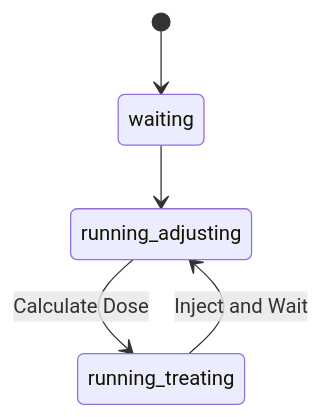
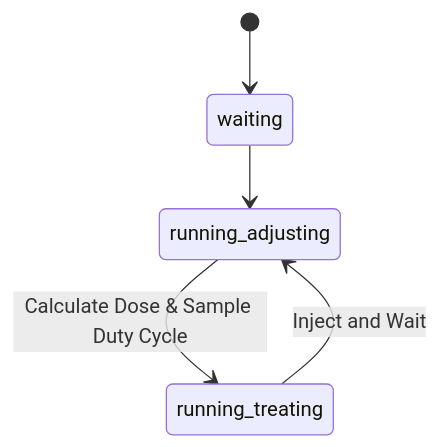
One commit to lostcontrol/poupool changed the third of 3 diagrams in docs/README.md. Above: the diagram before and after it, drawn with Mermaid. The commit also changed other lines of this file and 1 other file, not shown here.

````diff
--- a/docs/README.md
+++ b/docs/README.md
@@ -128,7 +128,7 @@
 ```mermaid
 stateDiagram-v2
     [*] --> waiting
     waiting --> running_adjusting
-    running_adjusting --> running_treating : Calculate Dose
+    running_adjusting --> running_treating : Calculate Dose & Sample Duty Cycle
     running_treating --> running_adjusting : Inject and Wait
 ```
````
